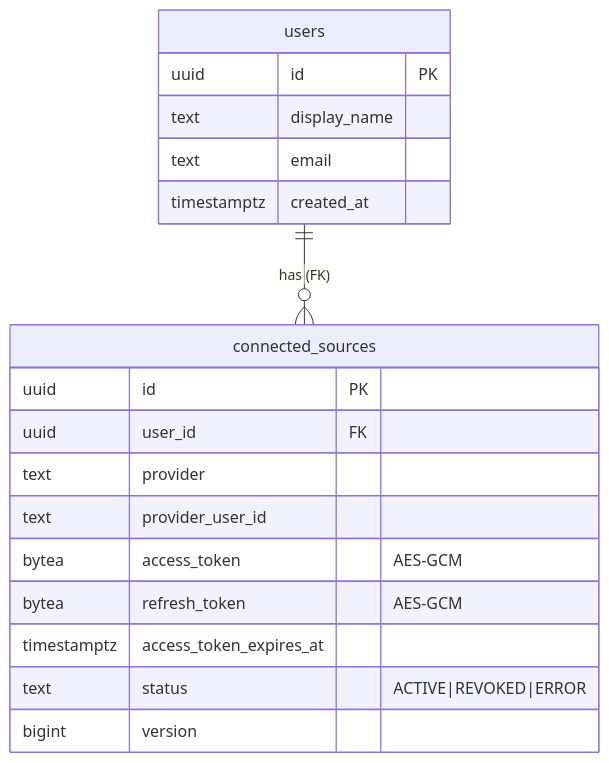
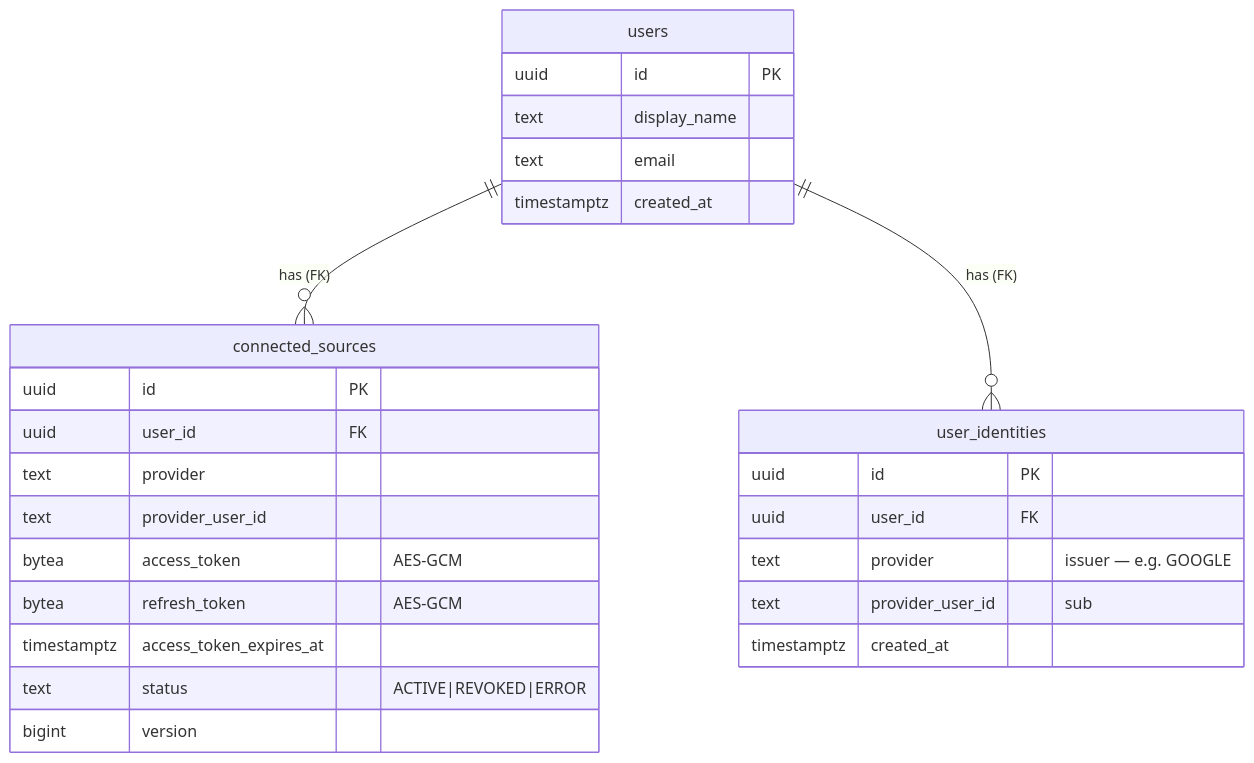
The first of 6 diagrams in docs/diagrams/erd/overview.md (PrimaryInspection2/aperitivo), drawn with Mermaid before and after one commit. The commit also changed other lines of this file and 65 other files, not shown here.

````diff
--- a/docs/diagrams/erd/overview.md
+++ b/docs/diagrams/erd/overview.md
@@ -27,21 +27,29 @@
 ```mermaid
 erDiagram
     users ||--o{ connected_sources : "has (FK)"
+    users ||--o{ user_identities : "has (FK)"
     users {
         uuid id PK
         text display_name
         text email
+        timestamptz created_at
+    }
+    user_identities {
+        uuid id PK
+        uuid user_id FK
+        text provider "issuer — e.g. GOOGLE"
+        text provider_user_id "sub"
         timestamptz created_at
     }
     connected_sources {
         uuid id PK
         uuid user_id FK
         text provider
         text provider_user_id
         bytea access_token "AES-GCM"
         bytea refresh_token "AES-GCM"
         timestamptz access_token_expires_at
         text status "ACTIVE|REVOKED|ERROR"
         bigint version
     }
 ```
````
